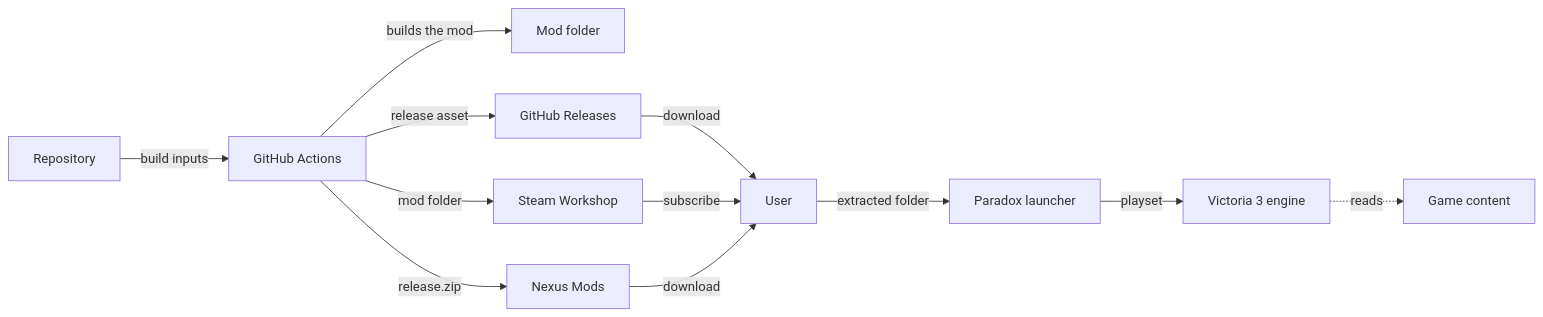
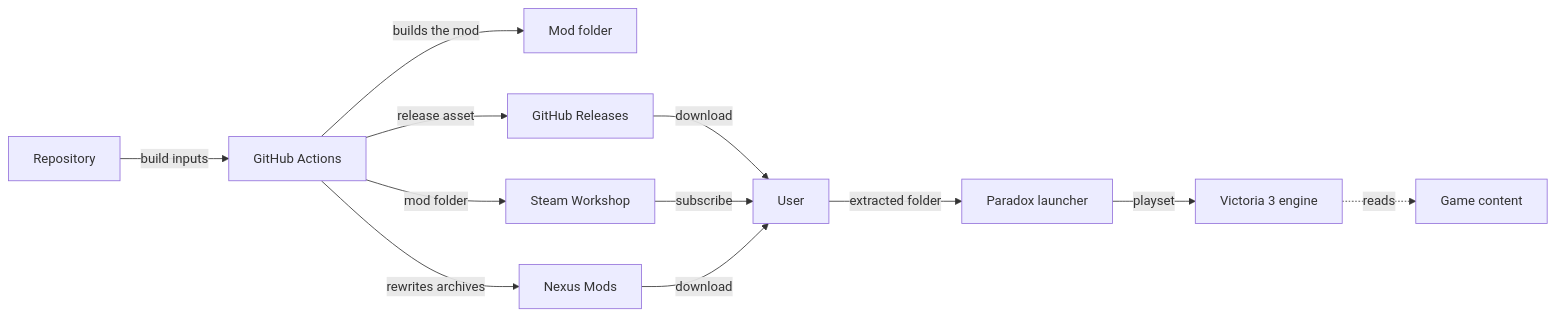
The diagram in docs/integrations.md (hmlendea/standardised-country-colours), drawn with Mermaid before and after one commit. The commit also changed other lines of this file and 11 other files, not shown here.

````diff
--- a/docs/integrations.md
+++ b/docs/integrations.md
@@ -5,15 +5,15 @@
 ```mermaid
 flowchart LR
   Repo["Repository"]
   Repo -->|"build inputs"| Actions["GitHub Actions"]
   Actions -->|"builds the mod"| Mod["Mod folder"]
   Actions -->|"release asset"| Releases["GitHub Releases"]
   Actions -->|"mod folder"| Workshop["Steam Workshop"]
-  Actions -->|"release.zip"| Nexus["Nexus Mods"]
+  Actions -->|"rewrites archives"| Nexus["Nexus Mods"]
   Releases -->|"download"| User["User"]
   Workshop -->|"subscribe"| User
   Nexus -->|"download"| User
   User -->|"extracted folder"| Launcher["Paradox launcher"]
   Launcher -->|"playset"| Engine["Victoria 3 engine"]
   Engine -.->|"reads"| Game["Game content"]
 ```
````
